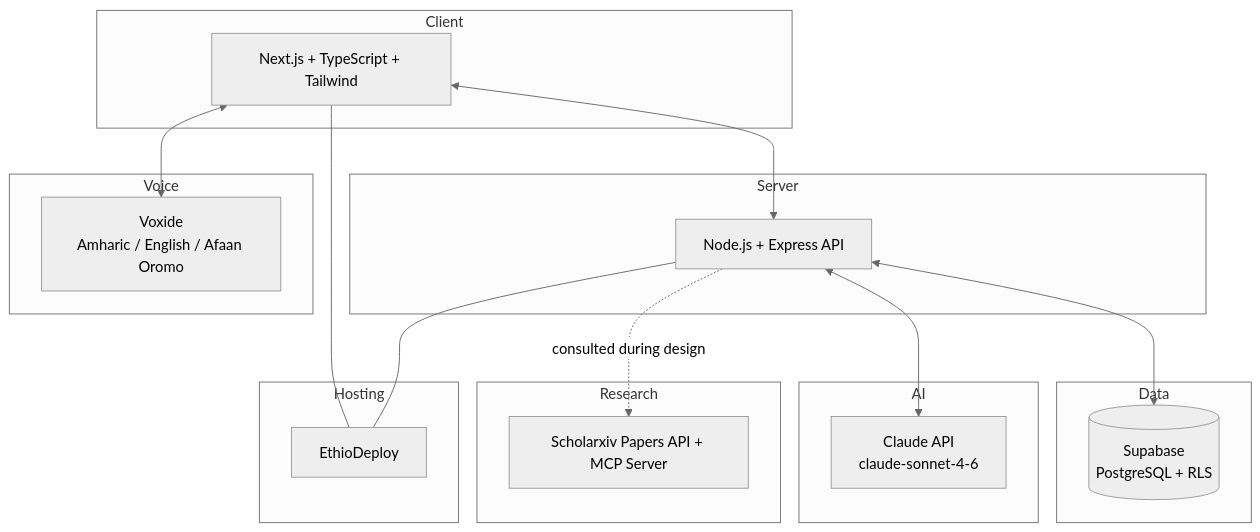
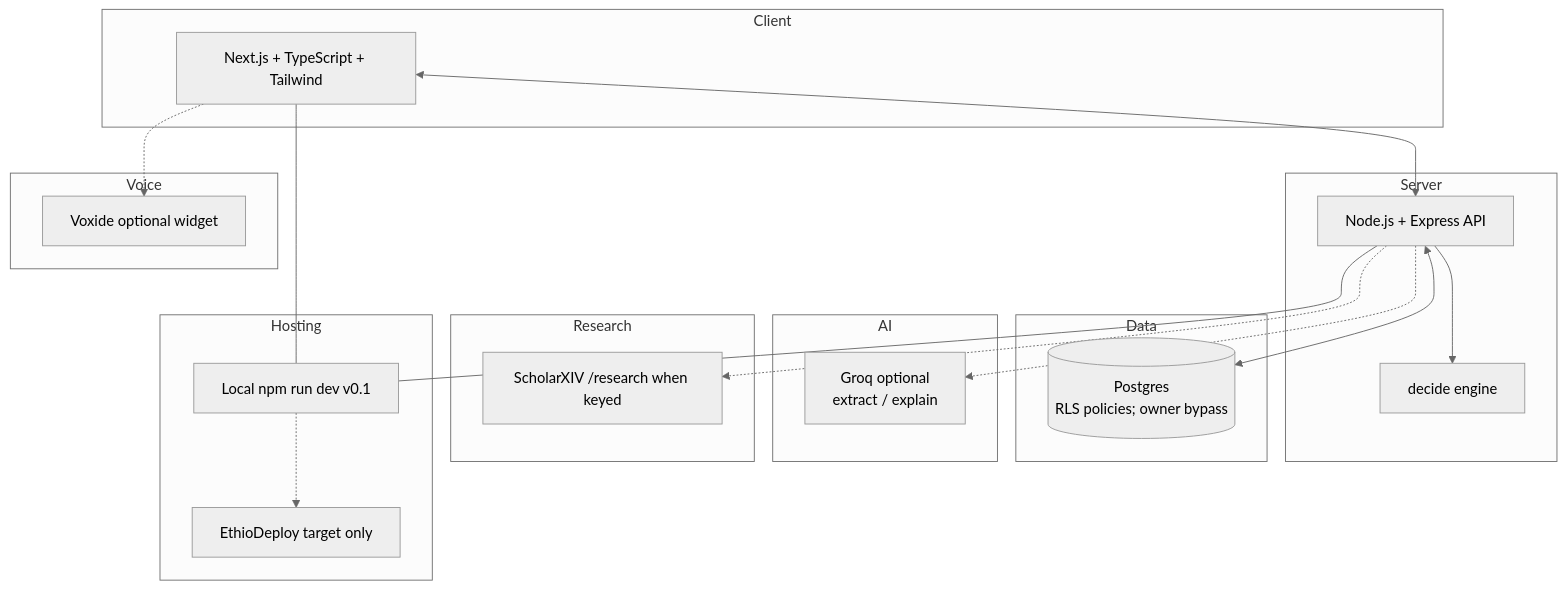
Before and after one commit to mumekonin/hulum: the seventh of 10 diagrams in HULUM_Documentation.md, drawn with Mermaid (neutral theme). The commit also changed other lines of this file and 9 other files, not shown here.

First line of the commit message:
fix(docs): SRS §3-5 as-built decide/Groq diagrams

````diff
--- a/HULUM_Documentation.md
+++ b/HULUM_Documentation.md
@@ -673,38 +685,42 @@
 ```mermaid
 flowchart TB
     subgraph Client
       FE[Next.js + TypeScript + Tailwind]
     end
 
     subgraph Server
       BE[Node.js + Express API]
+      Engine[decide engine]
     end
 
     subgraph Data
-      DB[(Supabase\nPostgreSQL + RLS)]
+      DB[(Postgres\nRLS policies; owner bypass)]
     end
 
     subgraph AI
-      Claude[Claude API\nclaude-sonnet-4-6]
+      Groq[Groq optional\nextract / explain]
     end
 
     subgraph Voice
-      VX[Voxide\nAmharic / English / Afaan Oromo]
+      VX[Voxide optional widget]
     end
 
     subgraph Research
-      SX[Scholarxiv Papers API + MCP Server]
+      SX[ScholarXIV /research when keyed]
     end
 
     subgraph Hosting
-      ED[EthioDeploy]
+      Local[Local npm run dev v0.1]
+      ED[EthioDeploy target only]
     end
 
     FE <--> BE
+    BE --> Engine
     BE <--> DB
-    BE <--> Claude
-    FE <--> VX
-    BE -.consulted during design.-> SX
-    FE --- ED
-    BE --- ED
+    BE -.-> Groq
+    FE -.-> VX
+    BE -.-> SX
+    FE --- Local
+    BE --- Local
+    Local -.-> ED
 ```
````
